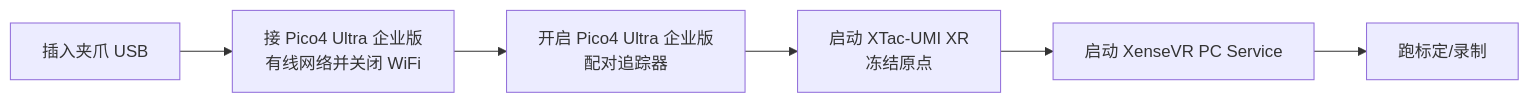
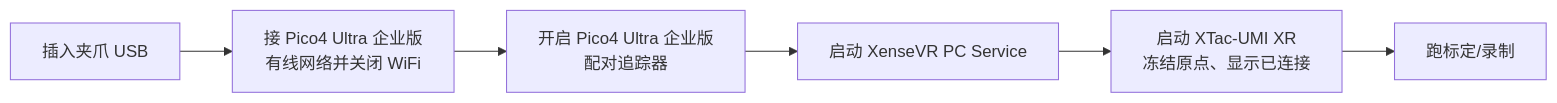
One commit to Vertax42/taccap-gripper-docs changed the diagram in docs/03-host-hardware.md. Above: the diagram before and after it, drawn with Mermaid. The commit also changed other lines of this file and 3 other files, not shown here.

````diff
--- a/docs/03-host-hardware.md
+++ b/docs/03-host-hardware.md
@@ -521,8 +523,8 @@
 ```mermaid
 flowchart LR
     A[插入夹爪 USB] --> N[接 Pico4 Ultra 企业版<br/>有线网络并关闭 WiFi]
     N --> B[开启 Pico4 Ultra 企业版<br/>配对追踪器]
-    B --> C[启动 XTac-UMI XR<br/>冻结原点]
-    C --> D[启动 XenseVR PC Service]
-    D --> E[跑标定/录制]
+    B --> D[启动 XenseVR PC Service]
+    D --> C[启动 XTac-UMI XR<br/>冻结原点、显示已连接]
+    C --> E[跑标定/录制]
 ```
````
